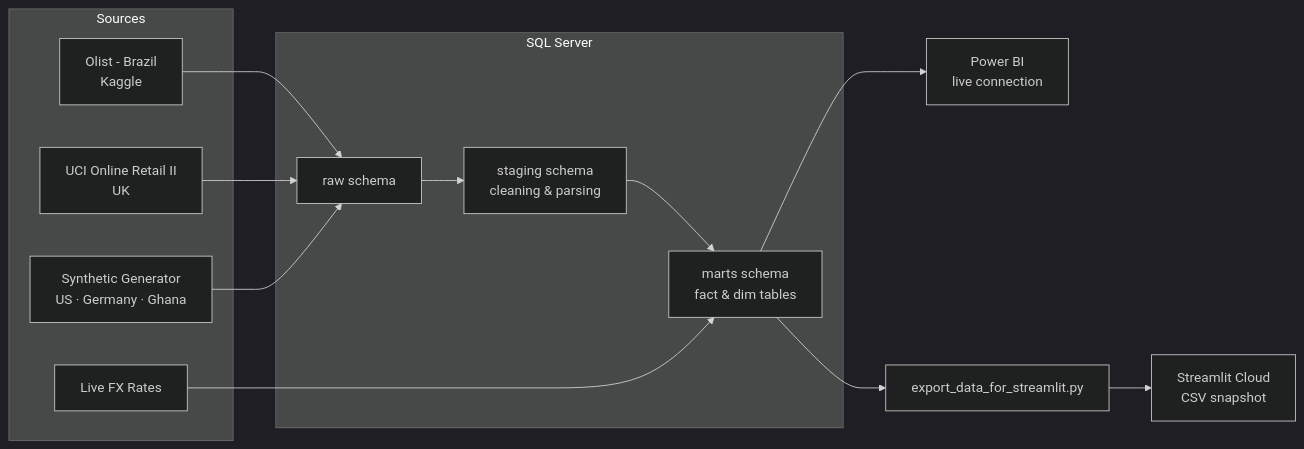
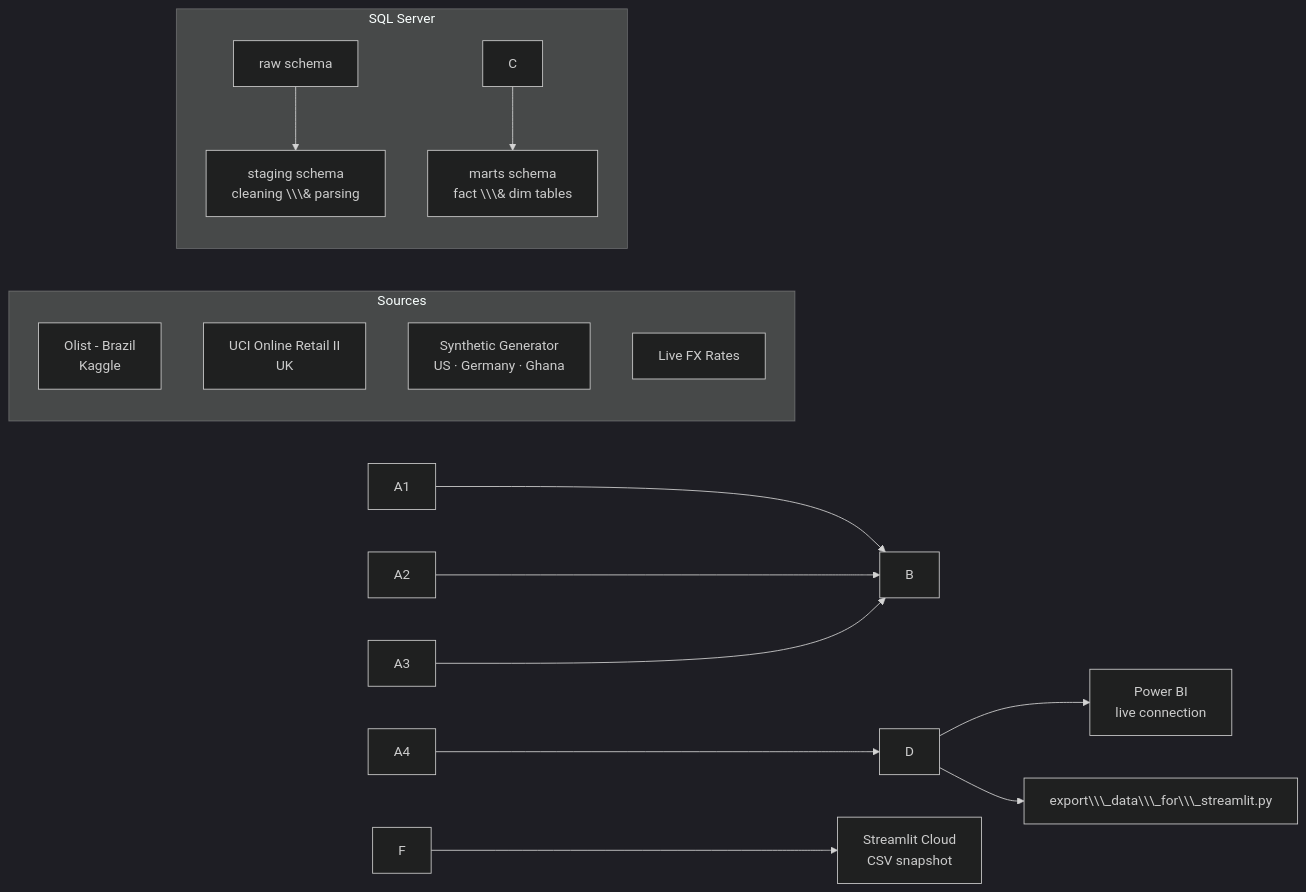
Before and after one commit to Richardsante1/meridian: the second of 2 diagrams in README.md, drawn with Mermaid (dark theme). The commit also changed other lines of this file and 1 other file, not shown here.

````diff
--- a/README.md
+++ b/README.md
@@ -190,23 +148,23 @@
 ```mermaid
 flowchart LR
     subgraph Sources
-        A1[Olist - Brazil<br/>Kaggle]
-        A2[UCI Online Retail II<br/>UK]
-        A3[Synthetic Generator<br/>US · Germany · Ghana]
-        A4[Live FX Rates]
+        A1\\\[Olist - Brazil<br/>Kaggle]
+        A2\\\[UCI Online Retail II<br/>UK]
+        A3\\\[Synthetic Generator<br/>US · Germany · Ghana]
+        A4\\\[Live FX Rates]
     end
 
     subgraph SQL Server
-        B[raw schema] --> C[staging schema<br/>cleaning & parsing]
-        C --> D[marts schema<br/>fact & dim tables]
+        B\\\[raw schema] --> C\\\[staging schema<br/>cleaning \\\& parsing]
+        C --> D\\\[marts schema<br/>fact \\\& dim tables]
     end
 
     A1 --> B
     A2 --> B
     A3 --> B
     A4 --> D
 
-    D --> E[Power BI<br/>live connection]
-    D --> F[export_data_for_streamlit.py]
-    F --> G[Streamlit Cloud<br/>CSV snapshot]
+    D --> E\\\[Power BI<br/>live connection]
+    D --> F\\\[export\\\_data\\\_for\\\_streamlit.py]
+    F --> G\\\[Streamlit Cloud<br/>CSV snapshot]
 ```
````
